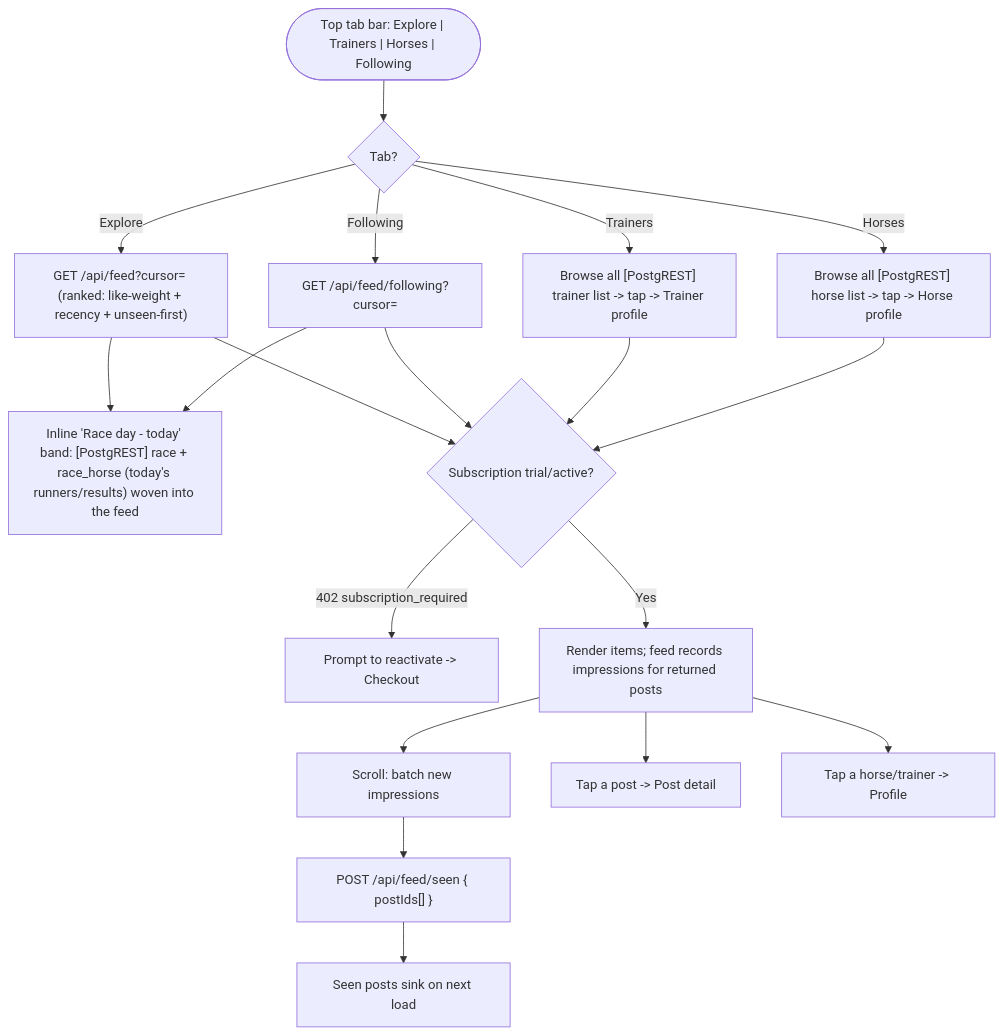
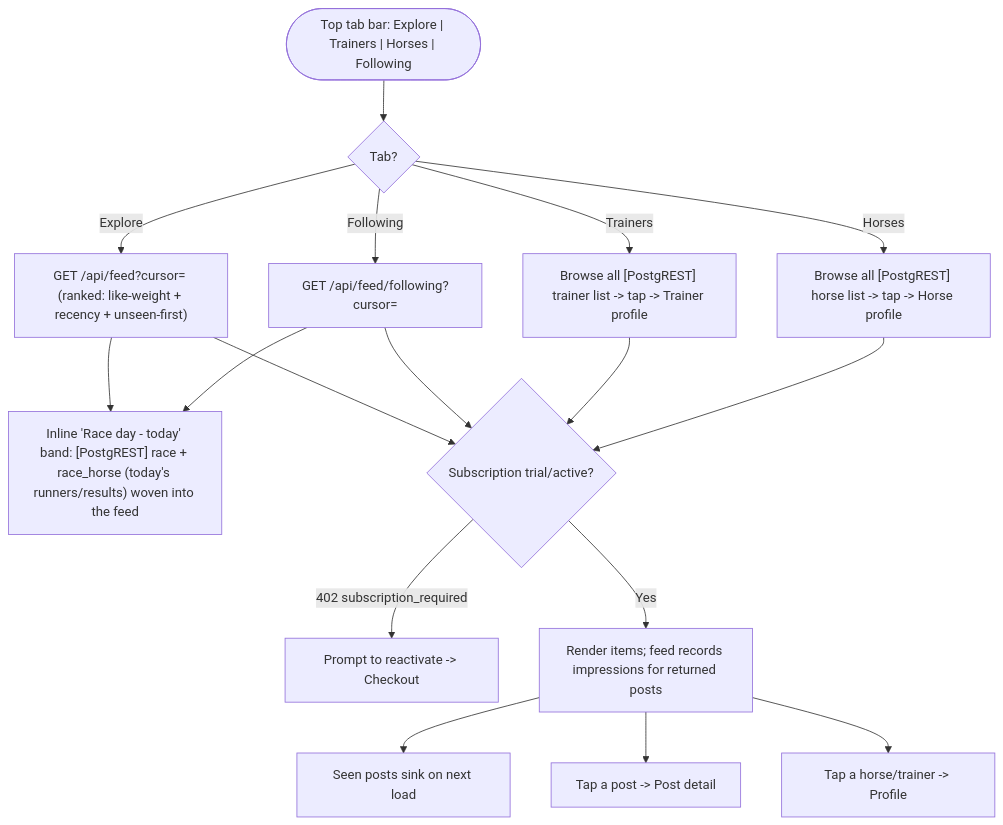
The sixth of 15 diagrams in docs/specs/flows.md (roomxlabs/stablepass-web), drawn with Mermaid before and after one commit. The commit also changed other lines of this file and 17 other files, not shown here.

First line of the commit message:
perf(web): drop the redundant impression POST, reuse the feed fn's poster, page the browse grids

````diff
--- a/docs/specs/flows.md
+++ b/docs/specs/flows.md
@@ -117,21 +117,19 @@
 ```mermaid
 flowchart TD
     A(["Top tab bar: Explore | Trainers | Horses | Following"]) --> B{Tab?}
     B -- Explore --> C["GET /api/feed?cursor= (ranked: like-weight + recency + unseen-first)"]
     B -- Following --> D["GET /api/feed/following?cursor="]
     B -- Trainers --> T["Browse all [PostgREST] trainer list -> tap -> Trainer profile"]
     B -- Horses --> U["Browse all [PostgREST] horse list -> tap -> Horse profile"]
     C --> RD["Inline 'Race day - today' band: [PostgREST] race + race_horse (today's runners/results) woven into the feed"]
     D --> RD
     C --> F{Subscription trial/active?}
     D --> F
     T --> F
     U --> F
     F -- "402 subscription_required" --> G[Prompt to reactivate -> Checkout]
     F -- Yes --> H[Render items; feed records impressions for returned posts]
-    H --> I[Scroll: batch new impressions]
-    I --> J["POST /api/feed/seen { postIds[] }"]
-    J --> K[Seen posts sink on next load]
+    H --> K[Seen posts sink on next load]
     H --> L[Tap a post -> Post detail]
     H --> M[Tap a horse/trainer -> Profile]
 ```
````
